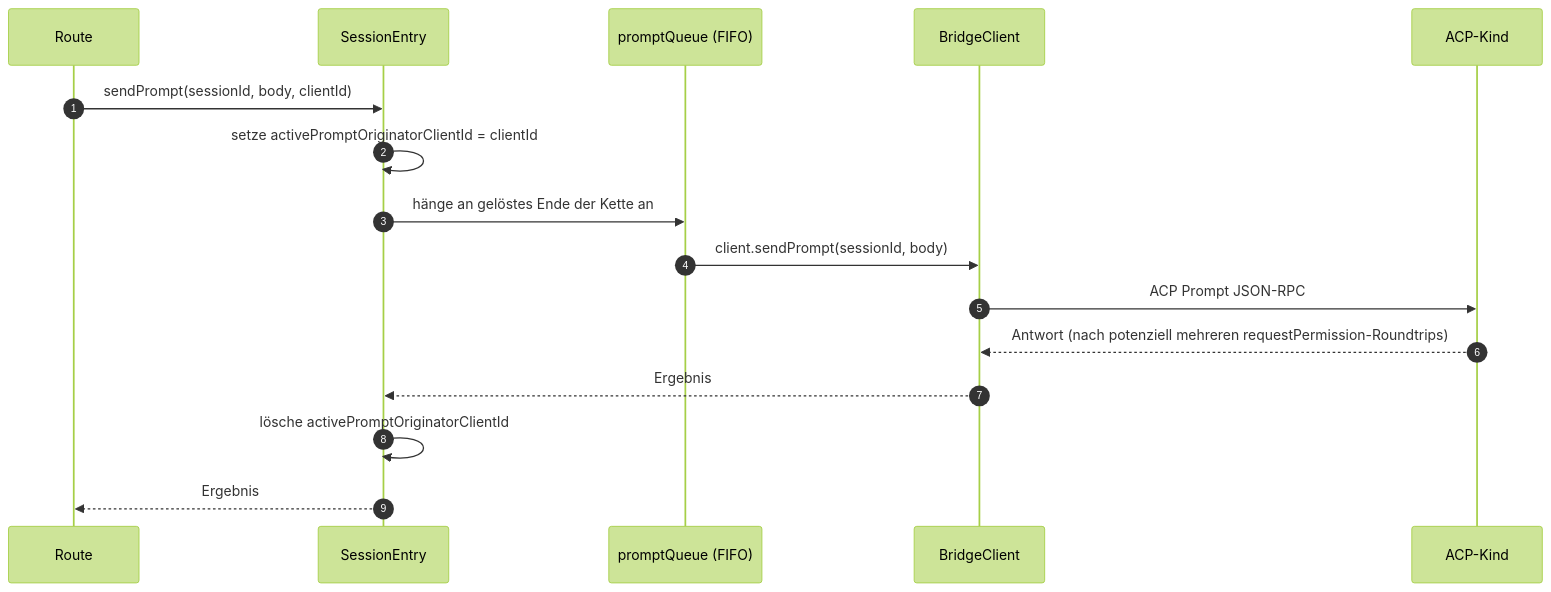
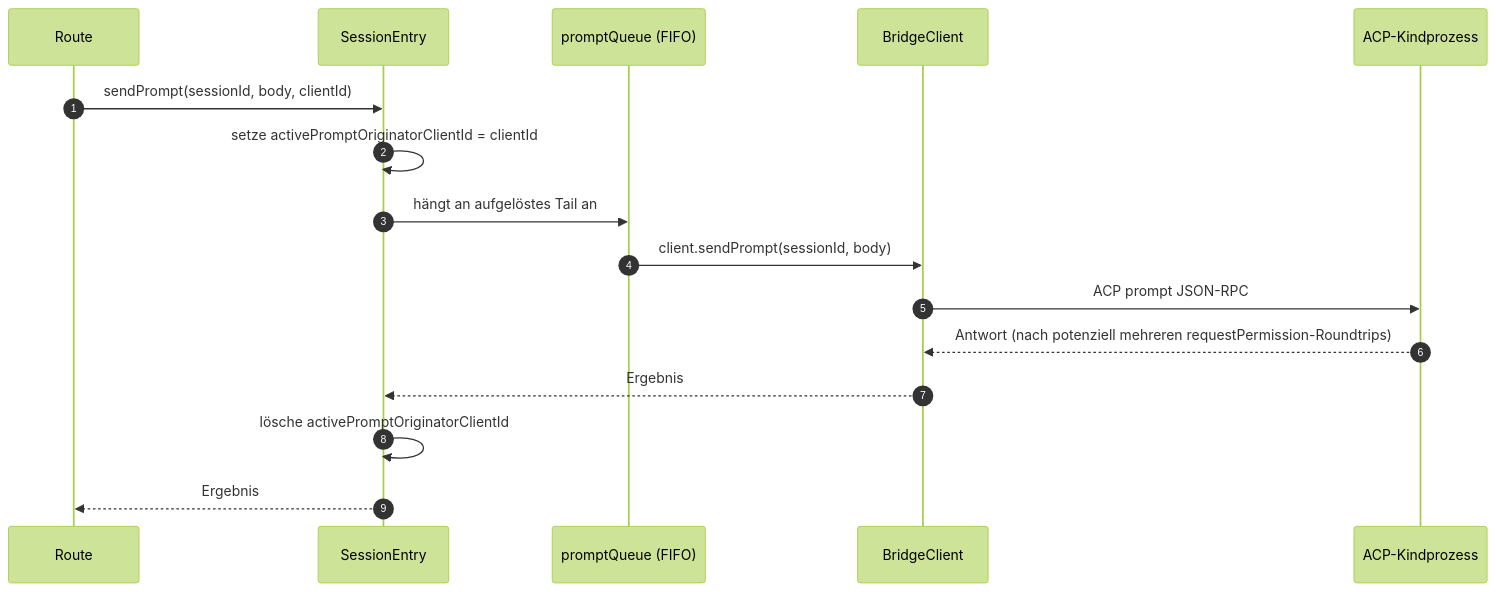
The second of 4 diagrams in website/content/de/developers/daemon/03-acp-bridge.md (QwenLM/qwen-code-docs), drawn with Mermaid (forest theme) before and after one commit. The commit also changed other lines of this file and 162 other files, not shown here.

````diff
--- a/website/content/de/developers/daemon/03-acp-bridge.md
+++ b/website/content/de/developers/daemon/03-acp-bridge.md
@@ -105,19 +98,19 @@
 ```mermaid
 sequenceDiagram
     autonumber
     participant R as Route
     participant E as SessionEntry
     participant Q as promptQueue (FIFO)
     participant BC as BridgeClient
-    participant ACP as ACP-Kind
+    participant ACP as ACP-Kindprozess
 
     R->>E: sendPrompt(sessionId, body, clientId)
     E->>E: setze activePromptOriginatorClientId = clientId
-    E->>Q: hänge an gelöstes Ende der Kette an
+    E->>Q: hängt an aufgelöstes Tail an
     Q->>BC: client.sendPrompt(sessionId, body)
-    BC->>ACP: ACP Prompt JSON-RPC
+    BC->>ACP: ACP prompt JSON-RPC
     ACP-->>BC: Antwort (nach potenziell mehreren requestPermission-Roundtrips)
     BC-->>E: Ergebnis
     E->>E: lösche activePromptOriginatorClientId
     E-->>R: Ergebnis
 ```
````
